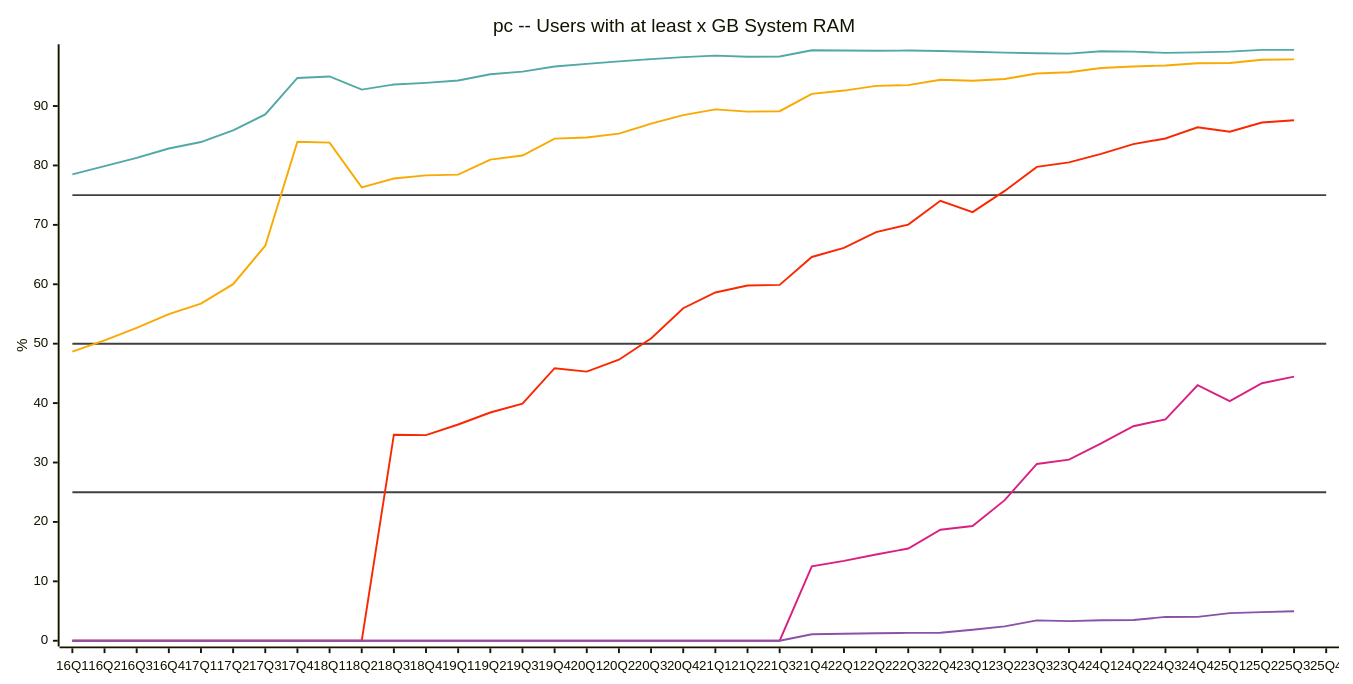
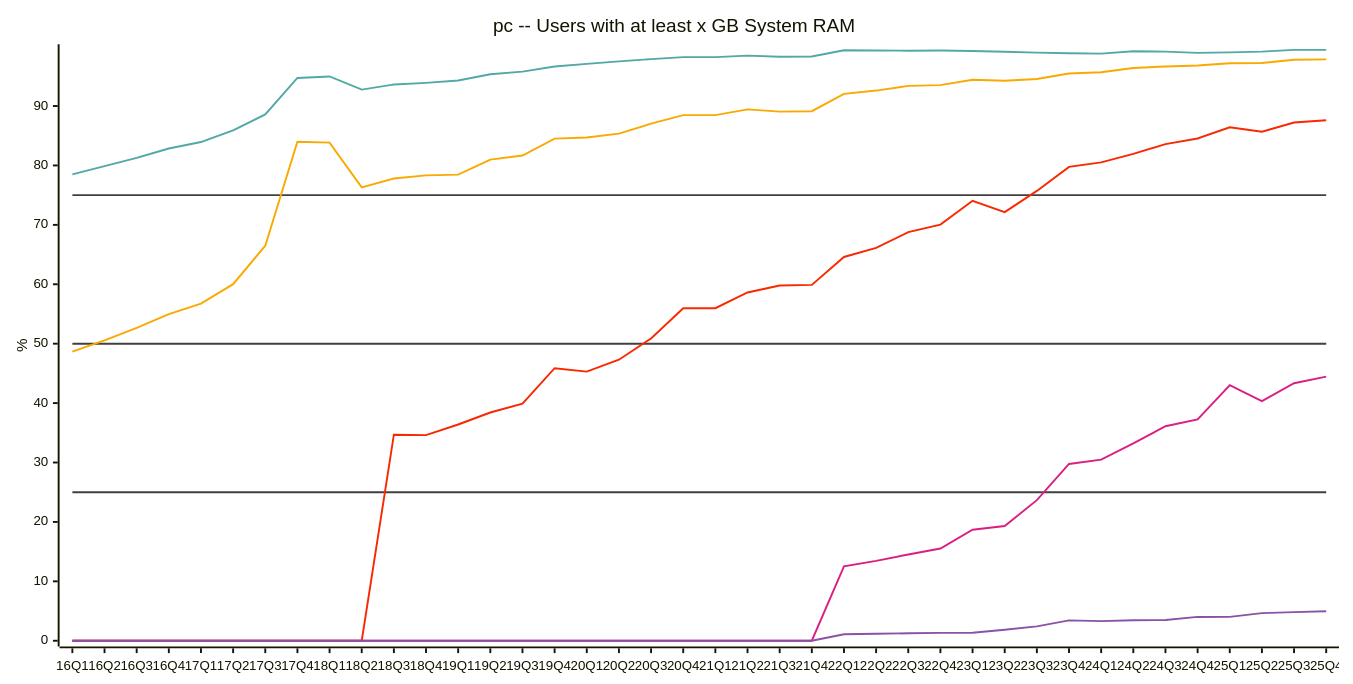
Diagram 28 of 31 in README.md (jdegene/steamHWsurvey), drawn with Mermaid before and after one commit. The commit also changed other lines of this file and 1 other file, not shown here.

Commit message:
fixed RAM months alignment. Added Intel Arc graph

````diff
--- a/README.md
+++ b/README.md
@@ -901,26 +925,26 @@
 ```mermaid
 ---
     config:
         xyChart:
             width: 1400
             height: 700
             
         themeVariables:
             xyChart:
                 plotColorPalette: "#404040,#404040,#404040,#51a8a6,#f9a900,#f92800,#d92080,#8a52a6"
 
 --- 
     
     xychart-beta
         title "pc -- Users with at least x GB System RAM"
         x-axis [16Q1, 16Q2, 16Q3, 16Q4, 17Q1, 17Q2, 17Q3, 17Q4, 18Q1, 18Q2, 18Q3, 18Q4, 19Q1, 19Q2, 19Q3, 19Q4, 20Q1, 20Q2, 20Q3, 20Q4, 21Q1, 21Q2, 21Q3, 21Q4, 22Q1, 22Q2, 22Q3, 22Q4, 23Q1, 23Q2, 23Q3, 23Q4, 24Q1, 24Q2, 24Q3, 24Q4, 25Q1, 25Q2, 25Q3, 25Q4]
     y-axis "%" 
  line [25, 25, 25, 25, 25, 25, 25, 25, 25, 25, 25, 25, 25, 25, 25, 25, 25, 25, 25, 25, 25, 25, 25, 25, 25, 25, 25, 25, 25, 25, 25, 25, 25, 25, 25, 25, 25, 25, 25, 25]
  line [50, 50, 50, 50, 50, 50, 50, 50, 50, 50, 50, 50, 50, 50, 50, 50, 50, 50, 50, 50, 50, 50, 50, 50, 50, 50, 50, 50, 50, 50, 50, 50, 50, 50, 50, 50, 50, 50, 50, 50]
  line [75, 75, 75, 75, 75, 75, 75, 75, 75, 75, 75, 75, 75, 75, 75, 75, 75, 75, 75, 75, 75, 75, 75, 75, 75, 75, 75, 75, 75, 75, 75, 75, 75, 75, 75, 75, 75, 75, 75, 75]
-    line [78.49333333333334, 79.88, 81.27666666666667, 82.85333333333332, 83.94, 85.90666666666668, 88.59333333333333, 94.72666666666667, 94.97333333333331, 92.75999999999999, 93.62333333333333, 93.90333333333332, 94.28999999999999, 95.345, 95.79333333333334, 96.64333333333333, 97.10000000000001, 97.50999999999999, 97.895, 98.24, 98.48333333333335, 98.28333333333333, 98.34, 99.39, 99.33999999999999, 99.31666666666668, 99.33666666666667, 99.26666666666667, 99.14, 98.99666666666667, 98.89, 98.81333333333333, 99.22, 99.16333333333333, 98.94333333333334, 99.02666666666667, 99.15666666666667, 99.45666666666666, 99.44666666666664]
-    line [48.65333333333333, 50.57333333333332, 52.64333333333333, 54.99000000000001, 56.755, 60.016666666666666, 66.49, 83.99666666666667, 83.83333333333334, 76.315, 77.79333333333334, 78.32333333333335, 78.45, 80.975, 81.66333333333334, 84.50999999999999, 84.695, 85.35666666666667, 87.03, 88.47500000000001, 89.42999999999999, 89.05333333333334, 89.13, 92.045, 92.60333333333332, 93.39, 93.52000000000001, 94.42, 94.245, 94.55666666666667, 95.48333333333333, 95.69, 96.39666666666665, 96.66333333333333, 96.82333333333334, 97.21333333333332, 97.25333333333333, 97.78666666666668, 97.85666666666665]
-    line [0, 0, 0, 0, 0, 0, 0, 0, 0, 0, 34.68, 34.60333333333334, 36.400000000000006, 38.415, 39.900000000000006, 45.87333333333333, 45.30499999999999, 47.29666666666666, 50.879999999999995, 55.970000000000006, 58.61333333333333, 59.79666666666667, 59.89, 64.595, 66.11333333333333, 68.77666666666667, 70.04333333333334, 74.05333333333334, 72.14500000000001, 75.71666666666667, 79.75666666666666, 80.50666666666667, 81.94333333333333, 83.58333333333333, 84.54, 86.42666666666666, 85.67, 87.23, 87.6]
-    line [0, 0, 0, 0, 0, 0, 0, 0, 0, 0, 0, 0, 0, 0, 0, 0, 0, 0, 0, 0, 0, 0, 0, 12.509999999999998, 13.433333333333334, 14.523333333333333, 15.526666666666667, 18.689999999999998, 19.314999999999998, 23.666666666666668, 29.753333333333337, 30.483333333333327, 33.21333333333333, 36.1, 37.266666666666666, 43.00666666666667, 40.339999999999996, 43.346666666666664, 44.446666666666665]
-    line [0, 0, 0, 0, 0, 0, 0, 0, 0, 0, 0, 0, 0, 0, 0, 0, 0, 0, 0, 0, 0, 0, 0, 1.09, 1.1900000000000002, 1.25, 1.3299999999999998, 1.3466666666666667, 1.8450000000000002, 2.4233333333333333, 3.4366666666666665, 3.2966666666666664, 3.4466666666666668, 3.4900000000000007, 4.010000000000001, 4.02, 4.65, 4.82, 4.9766666666666675]
+    line [78.49333333333334, 79.88, 81.27666666666667, 82.85333333333332, 83.94, 85.90666666666668, 88.59333333333333, 94.72666666666667, 94.97333333333331, 92.75999999999999, 93.62333333333333, 93.90333333333332, 94.28999999999999, 95.345, 95.79333333333334, 96.64333333333333, 97.10000000000001, 97.50999999999999, 97.895, 98.24, 98.24, 98.48333333333335, 98.28333333333333, 98.34, 99.39, 99.33999999999999, 99.31666666666668, 99.33666666666667, 99.26666666666667, 99.14, 98.99666666666667, 98.89, 98.81333333333333, 99.22, 99.16333333333333, 98.94333333333334, 99.02666666666667, 99.15666666666667, 99.45666666666666, 99.44666666666664]
+    line [48.65333333333333, 50.57333333333332, 52.64333333333333, 54.99000000000001, 56.755, 60.016666666666666, 66.49, 83.99666666666667, 83.83333333333334, 76.315, 77.79333333333334, 78.32333333333335, 78.45, 80.975, 81.66333333333334, 84.50999999999999, 84.695, 85.35666666666667, 87.03, 88.47500000000001, 88.47500000000001, 89.42999999999999, 89.05333333333334, 89.13, 92.045, 92.60333333333332, 93.39, 93.52000000000001, 94.42, 94.245, 94.55666666666667, 95.48333333333333, 95.69, 96.39666666666665, 96.66333333333333, 96.82333333333334, 97.21333333333332, 97.25333333333333, 97.78666666666668, 97.85666666666665]
+    line [0, 0, 0, 0, 0, 0, 0, 0, 0, 0, 34.68, 34.60333333333334, 36.400000000000006, 38.415, 39.900000000000006, 45.87333333333333, 45.30499999999999, 47.29666666666666, 50.879999999999995, 55.970000000000006, 55.970000000000006, 58.61333333333333, 59.79666666666667, 59.89, 64.595, 66.11333333333333, 68.77666666666667, 70.04333333333334, 74.05333333333334, 72.14500000000001, 75.71666666666667, 79.75666666666666, 80.50666666666667, 81.94333333333333, 83.58333333333333, 84.54, 86.42666666666666, 85.67, 87.23, 87.6]
+    line [0, 0, 0, 0, 0, 0, 0, 0, 0, 0, 0, 0, 0, 0, 0, 0, 0, 0, 0, 0, 0, 0, 0, 0, 12.509999999999998, 13.433333333333334, 14.523333333333333, 15.526666666666667, 18.689999999999998, 19.314999999999998, 23.666666666666668, 29.753333333333337, 30.483333333333327, 33.21333333333333, 36.1, 37.266666666666666, 43.00666666666667, 40.339999999999996, 43.346666666666664, 44.446666666666665]
+    line [0, 0, 0, 0, 0, 0, 0, 0, 0, 0, 0, 0, 0, 0, 0, 0, 0, 0, 0, 0, 0, 0, 0, 0, 1.09, 1.1900000000000002, 1.25, 1.3299999999999998, 1.3466666666666667, 1.8450000000000002, 2.4233333333333333, 3.4366666666666665, 3.2966666666666664, 3.4466666666666668, 3.4900000000000007, 4.010000000000001, 4.02, 4.65, 4.82, 4.9766666666666675]
 ``` 
````
